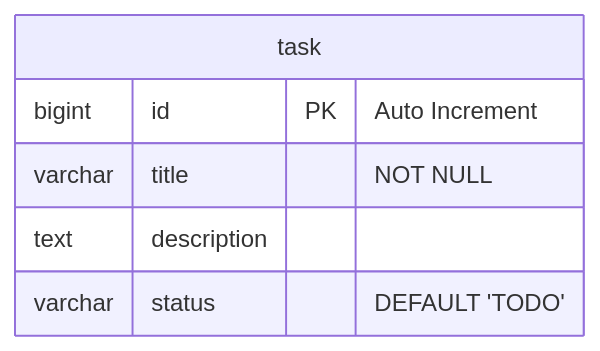
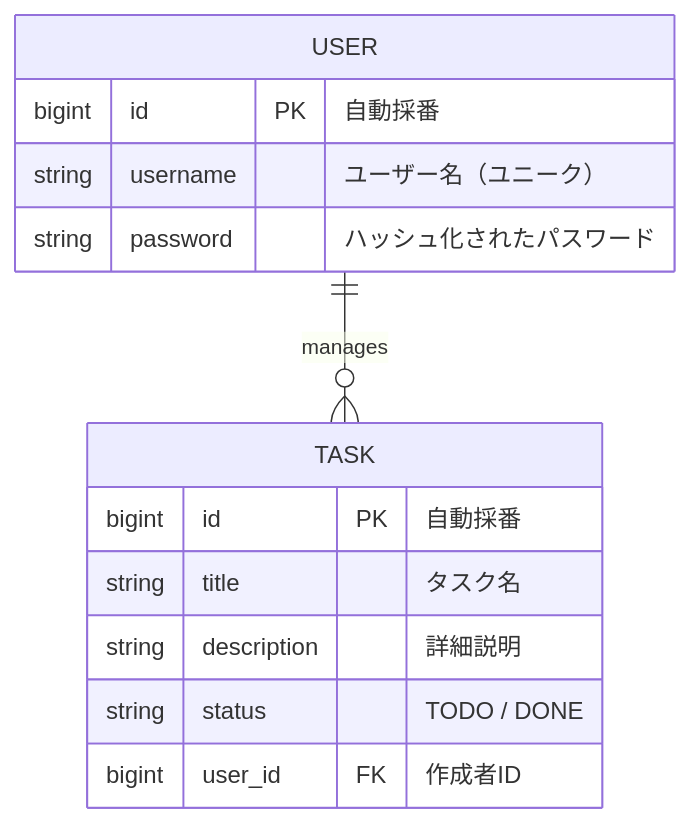
The first of 2 diagrams in README.md (pepepki/task-knowledge-management), drawn with Mermaid before and after one commit. The commit also changed other lines of this file and 3 other files, not shown here.

````diff
--- a/README.md
+++ b/README.md
@@ -51,10 +34,18 @@
 ```mermaid
 erDiagram
-    task {
-        bigint id PK "Auto Increment"
-        varchar title "NOT NULL"
-        text description
-        varchar status "DEFAULT 'TODO'"
+    USER ||--o{ TASK : "manages"
+    
+    USER {
+        bigint id PK "自動採番"
+        string username "ユーザー名（ユニーク）"
+        string password "ハッシュ化されたパスワード"
     }
 
+    TASK {
+        bigint id PK "自動採番"
+        string title "タスク名"
+        string description "詳細説明"
+        string status "TODO / DONE"
+        bigint user_id FK "作成者ID"
+    }
 ```
````
